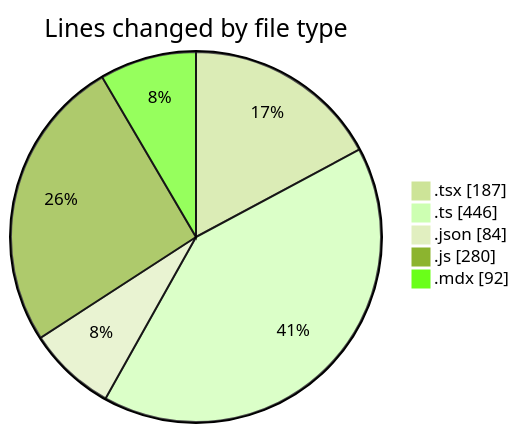
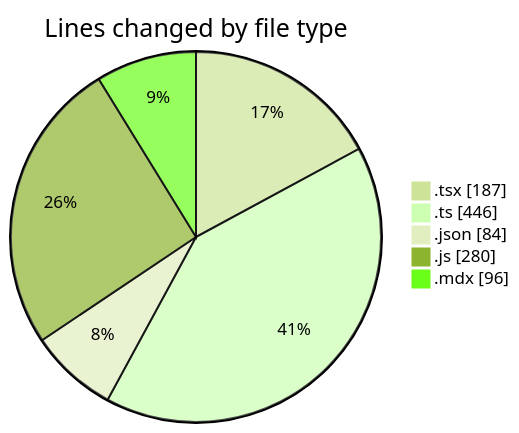
The first of 2 diagrams in 2026-03-30/cda/README.md (momahboobian/code-tracking), drawn with Mermaid (forest theme) before and after one commit. The commit also changed other lines of this file and 1 other file, not shown here.

````diff
--- a/2026-03-30/cda/README.md
+++ b/2026-03-30/cda/README.md
@@ -24,9 +24,9 @@
 ```mermaid
 pie showData
 title Lines changed by file type
 ".tsx" : 187
 ".ts" : 446
 ".json" : 84
 ".js" : 280
-".mdx" : 92
+".mdx" : 96
 ```
````
